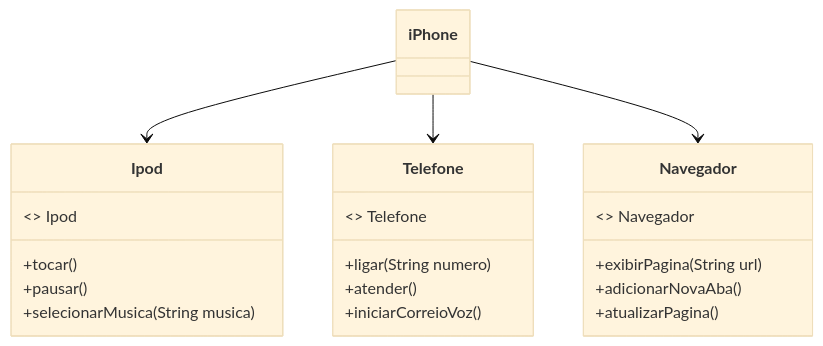
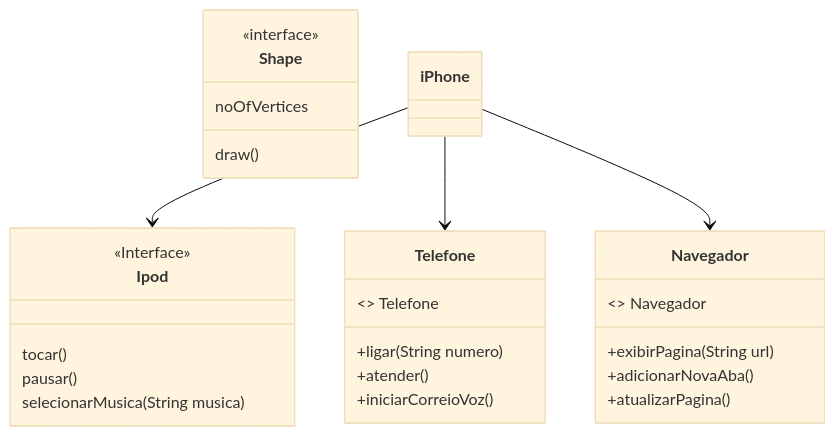
Before and after one commit to ericamila/iphone-uml: the diagram in README.md, drawn with Mermaid (base theme).

````diff
--- a/README.md
+++ b/README.md
@@ -19,31 +19,37 @@
 ```mermaid
 classDiagram
+    class Shape{
+        <<interface>>
+        noOfVertices
+        draw()
+    }
+    
     class Ipod {
-        <<Interface>> Ipod
-        +tocar()
-        +pausar()
-        +selecionarMusica(String musica)
+        <<Interface>>
+        tocar()
+        pausar()
+        selecionarMusica(String musica)
     }
 
     class Telefone {
         <<Interface>> Telefone
         +ligar(String numero)
         +atender()
         +iniciarCorreioVoz()
     }
 
     class Navegador {
         <<Interface>> Navegador
         +exibirPagina(String url)
         +adicionarNovaAba()
         +atualizarPagina()
     }
 
     class iPhone {
     
     }
 
     iPhone --> Ipod
     iPhone --> Telefone
     iPhone --> Navegador
 ```
````
